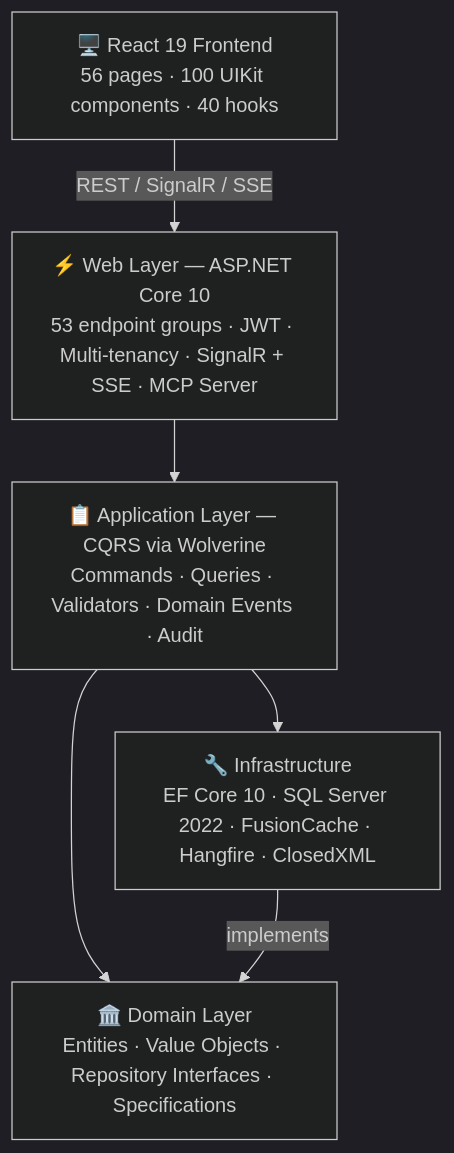
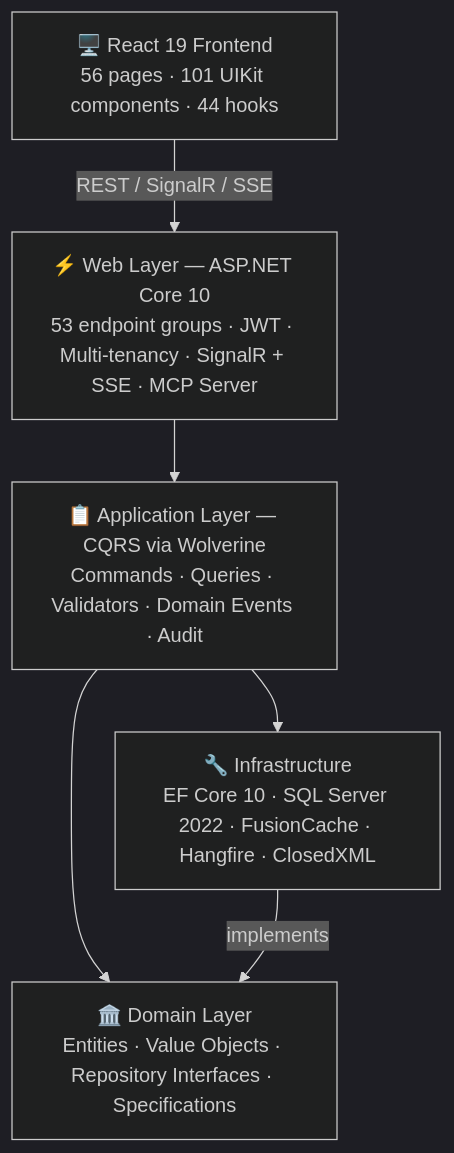
Before and after one commit to NOIR-Solution/NOIR: the diagram in README.md, drawn with Mermaid (dark theme). The commit also changed other lines of this file and 9 other files, not shown here.

````diff
--- a/README.md
+++ b/README.md
@@ -46,14 +46,14 @@
 ```mermaid
 flowchart TB
-    FE["🖥️ React 19 Frontend<br/>56 pages · 100 UIKit components · 40 hooks"]
+    FE["🖥️ React 19 Frontend<br/>56 pages · 101 UIKit components · 44 hooks"]
     WEB["⚡ Web Layer — ASP.NET Core 10<br/>53 endpoint groups · JWT · Multi-tenancy · SignalR + SSE · MCP Server"]
     APP["📋 Application Layer — CQRS via Wolverine<br/>Commands · Queries · Validators · Domain Events · Audit"]
     DOM["🏛️ Domain Layer<br/>Entities · Value Objects · Repository Interfaces · Specifications"]
     INF["🔧 Infrastructure<br/>EF Core 10 · SQL Server 2022 · FusionCache · Hangfire · ClosedXML"]
 
     FE -->|REST / SignalR / SSE| WEB
     WEB --> APP
     APP --> DOM
     APP --> INF
     INF -->|implements| DOM
 ```
````
